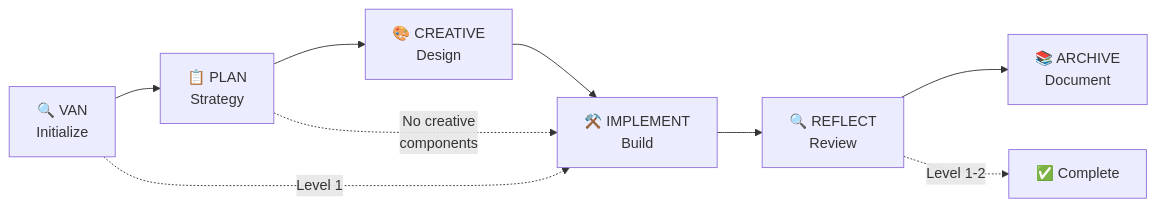
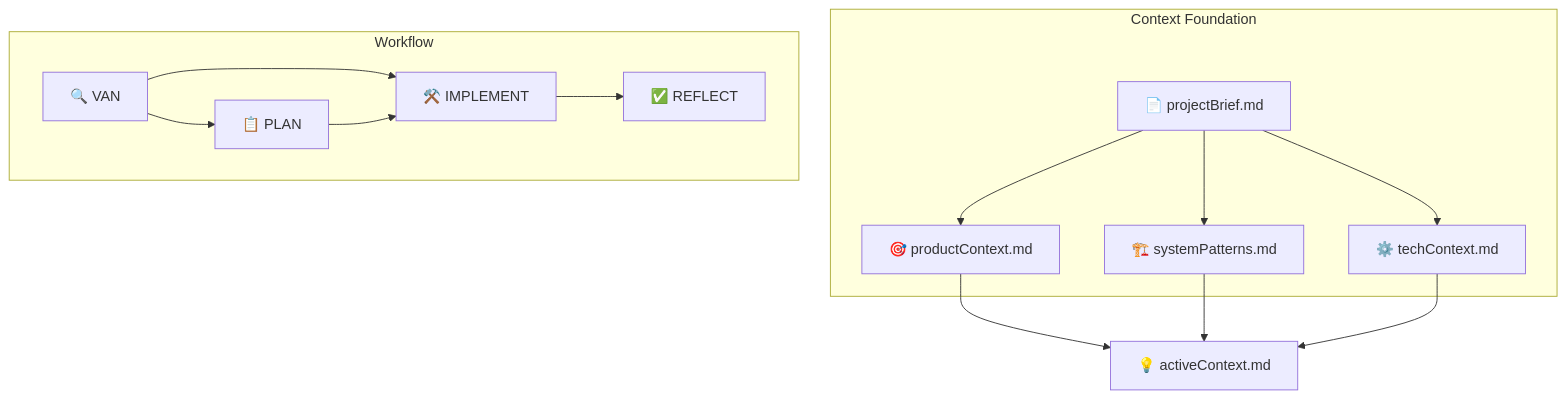
One commit to doublefx/claude-memory-bank changed the diagram in starter-prompt.md. Above: the diagram before and after it, drawn with Mermaid. The commit also changed other lines of this file and 12 other files, not shown here.

````diff
--- a/starter-prompt.md
+++ b/starter-prompt.md
@@ -22,12 +25,19 @@
 ```mermaid
-graph LR
-    VAN[🔍 VAN<br>Initialize] --> PLAN[📋 PLAN<br>Strategy]
-    PLAN --> CREATIVE[🎨 CREATIVE<br>Design]
-    CREATIVE --> IMPLEMENT[⚒️ IMPLEMENT<br>Build]
-    IMPLEMENT --> REFLECT[🔍 REFLECT<br>Review]
-    REFLECT --> ARCHIVE[📚 ARCHIVE<br>Document]
+flowchart TD
+    subgraph "Context Foundation"
+        PB[📄 projectBrief.md] --> PC[🎯 productContext.md]
+        PB --> SP[🏗️ systemPatterns.md]
+        PB --> TC[⚙️ techContext.md]
+    end
     
-    VAN -.->|Level 1| IMPLEMENT
-    PLAN -.->|No creative<br>components| IMPLEMENT
-    REFLECT -.->|Level 1-2| Complete[✅ Complete]
+    subgraph "Workflow"
+        VAN[🔍 VAN] --> PLAN[📋 PLAN]
+        VAN --> IMPLEMENT[⚒️ IMPLEMENT]
+        PLAN --> IMPLEMENT
+        IMPLEMENT --> REFLECT[✅ REFLECT]
+    end
+    
+    PC --> AC[💡 activeContext.md]
+    SP --> AC
+    TC --> AC
 ```
````
